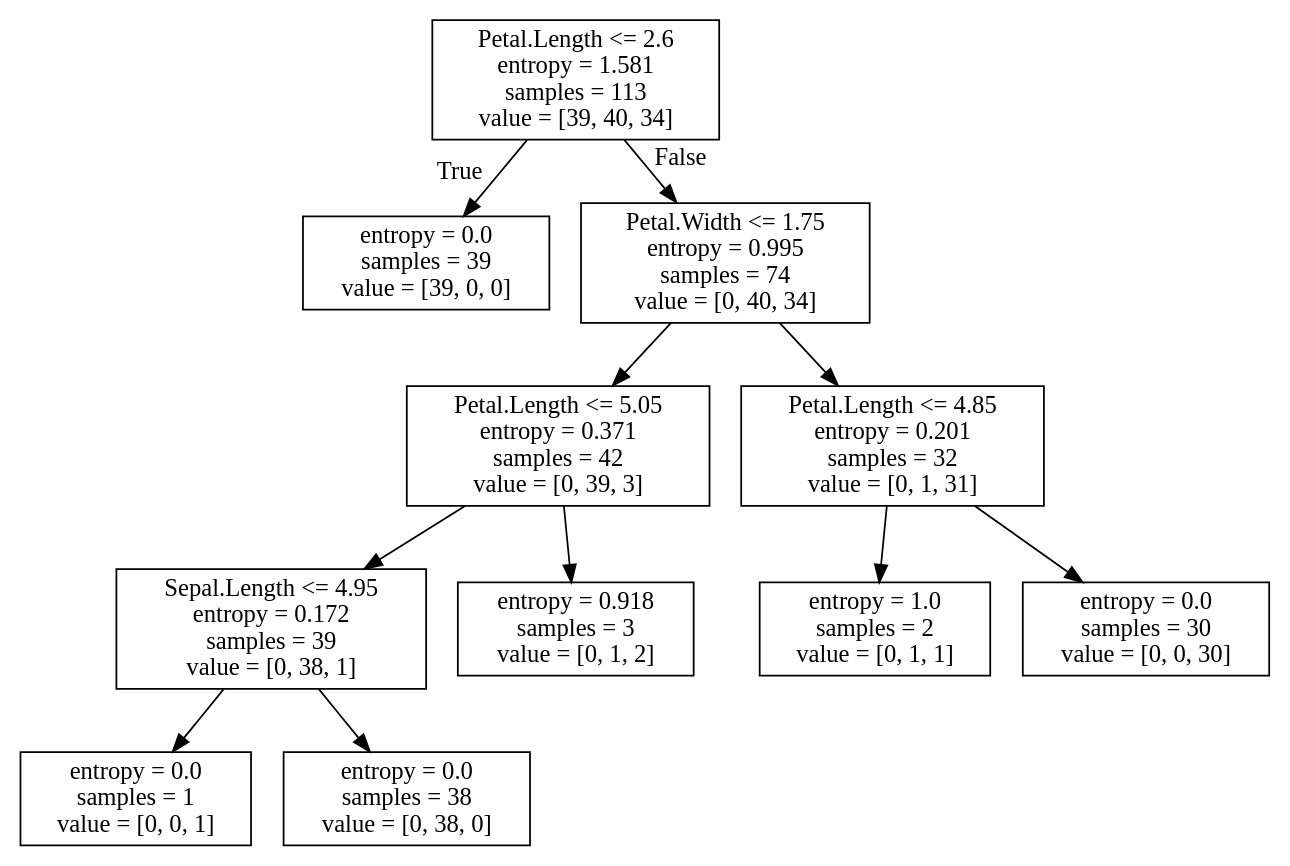
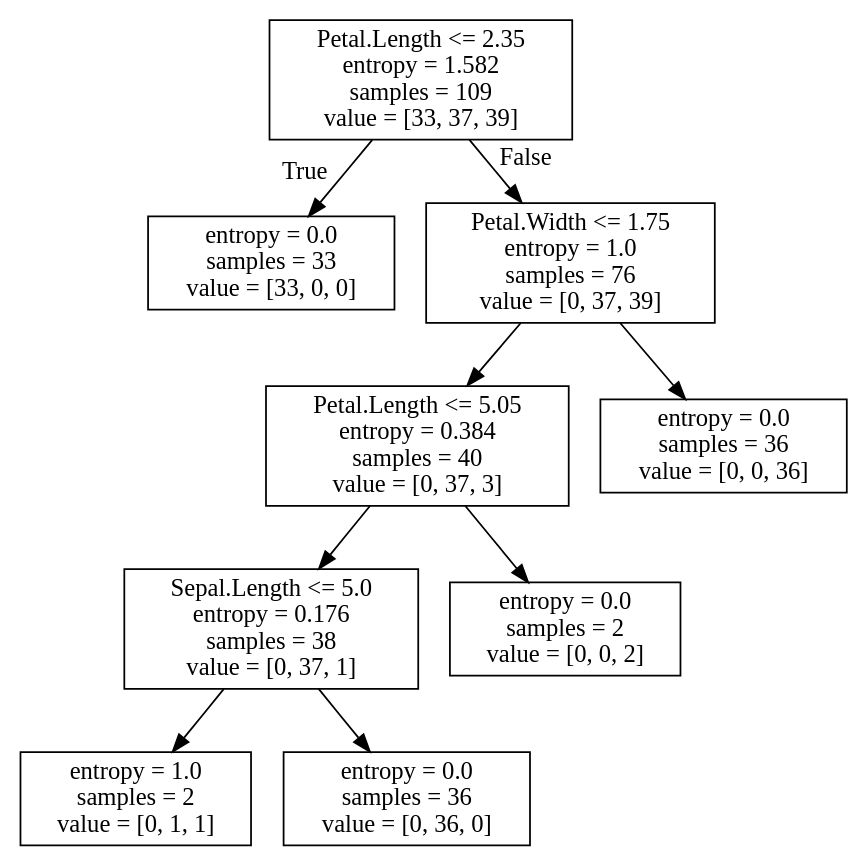
One commit to JhonFiUNFV/Data_Science_JF changed the diagram in python-ml/notebooks/resources/iris_dtree.dot. Above: the diagram before and after it, drawn with Graphviz. The commit also changed 2 other files, not shown here.

```diff
--- a/python-ml/notebooks/resources/iris_dtree.dot
+++ b/python-ml/notebooks/resources/iris_dtree.dot
@@ -1,24 +1,20 @@
 digraph Tree {
 node [shape=box] ;
-0 [label="Petal.Length <= 2.6\nentropy = 1.581\nsamples = 113\nvalue = [39, 40, 34]"] ;
-1 [label="entropy = 0.0\nsamples = 39\nvalue = [39, 0, 0]"] ;
+0 [label="Petal.Length <= 2.35\nentropy = 1.582\nsamples = 109\nvalue = [33, 37, 39]"] ;
+1 [label="entropy = 0.0\nsamples = 33\nvalue = [33, 0, 0]"] ;
 0 -> 1 [labeldistance=2.5, labelangle=45, headlabel="True"] ;
-2 [label="Petal.Width <= 1.75\nentropy = 0.995\nsamples = 74\nvalue = [0, 40, 34]"] ;
+2 [label="Petal.Width <= 1.75\nentropy = 1.0\nsamples = 76\nvalue = [0, 37, 39]"] ;
 0 -> 2 [labeldistance=2.5, labelangle=-45, headlabel="False"] ;
-3 [label="Petal.Length <= 5.05\nentropy = 0.371\nsamples = 42\nvalue = [0, 39, 3]"] ;
+3 [label="Petal.Length <= 5.05\nentropy = 0.384\nsamples = 40\nvalue = [0, 37, 3]"] ;
 2 -> 3 ;
-4 [label="Sepal.Length <= 4.95\nentropy = 0.172\nsamples = 39\nvalue = [0, 38, 1]"] ;
+4 [label="Sepal.Length <= 5.0\nentropy = 0.176\nsamples = 38\nvalue = [0, 37, 1]"] ;
 3 -> 4 ;
-5 [label="entropy = 0.0\nsamples = 1\nvalue = [0, 0, 1]"] ;
+5 [label="entropy = 1.0\nsamples = 2\nvalue = [0, 1, 1]"] ;
 4 -> 5 ;
-6 [label="entropy = 0.0\nsamples = 38\nvalue = [0, 38, 0]"] ;
+6 [label="entropy = 0.0\nsamples = 36\nvalue = [0, 36, 0]"] ;
 4 -> 6 ;
-7 [label="entropy = 0.918\nsamples = 3\nvalue = [0, 1, 2]"] ;
+7 [label="entropy = 0.0\nsamples = 2\nvalue = [0, 0, 2]"] ;
 3 -> 7 ;
-8 [label="Petal.Length <= 4.85\nentropy = 0.201\nsamples = 32\nvalue = [0, 1, 31]"] ;
+8 [label="entropy = 0.0\nsamples = 36\nvalue = [0, 0, 36]"] ;
 2 -> 8 ;
-9 [label="entropy = 1.0\nsamples = 2\nvalue = [0, 1, 1]"] ;
-8 -> 9 ;
-10 [label="entropy = 0.0\nsamples = 30\nvalue = [0, 0, 30]"] ;
-8 -> 10 ;
 }
```
